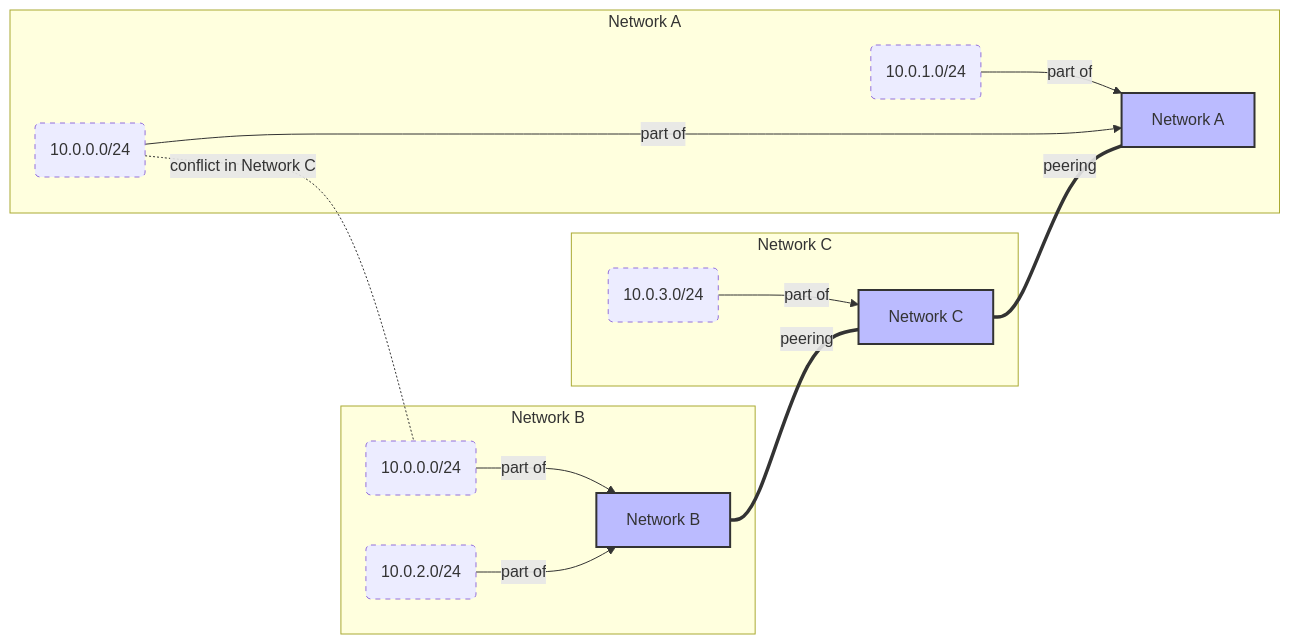
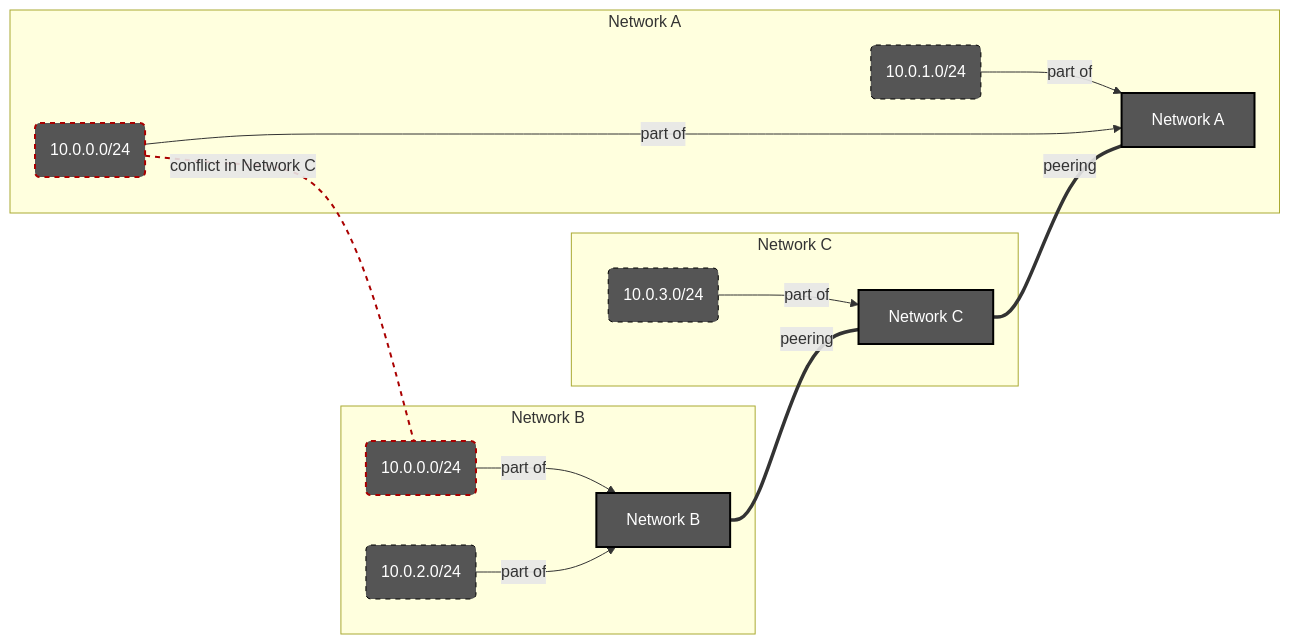
One commit to mattrussi/gitlab-com-runbooks changed the second of 4 diagrams in docs/ci-runners/README.md. Above: the diagram before and after it, drawn with Mermaid. The commit also changed other lines of this file, not shown here.

First line of the commit message:
docs(ci-runners): show subnetwork conflict

````diff
--- a/docs/ci-runners/README.md
+++ b/docs/ci-runners/README.md
@@ -182,27 +182,27 @@
 ```mermaid
 graph LR
-  classDef subnetwork stroke-dasharray: 5 5;
-  classDef vpc fill:#bbf,stroke:#333,stroke-width:2px;
+  classDef subnetwork          color:#fff,fill:#555,stroke:#000,stroke-dasharray: 5 5;
+  classDef subnetwork_conflict color:#fff,fill:#555,stroke:#a00,stroke-width:2px,stroke-dasharray: 5 5;
+  classDef vpc                 color:#fff,fill:#555,stroke:#000,stroke-width:2px;
 
   subgraph Network A
     subnetwork_A_1("10.0.1.0/24"):::subnetwork -->|part of| network_A["Network A"]:::vpc
-    subnetwork_A_2("10.0.0.0/24"):::subnetwork -->|part of| network_A
+    subnetwork_A_2("10.0.0.0/24"):::subnetwork_conflict -->|part of| network_A
   end
 
   subgraph Network B
-    subnetwork_B_2("10.0.0.0/24"):::subnetwork -->|part of| network_B["Network B"]:::vpc
+    subnetwork_B_2("10.0.0.0/24"):::subnetwork_conflict -->|part of| network_B["Network B"]:::vpc
     subnetwork_B_1("10.0.2.0/24"):::subnetwork -->|part of| network_B
   end
 
   subgraph Network C
     subnetwork_C_1("10.0.3.0/24"):::subnetwork -->|part of| network_C["Network C"]:::vpc
   end
 
   network_B ===|peering| network_C
   network_C ===|peering| network_A
 
   subnetwork_A_2 -.-|conflict in Network C| subnetwork_B_2
 
-  style subnetwork_A_2 stroke-dasharray: 5 5
-  style subnetwork_B_2 stroke-dasharray: 5 5
+  linkStyle 7 stroke:#a00,stroke-width:2px,stroke-dasharray: 5 5;
 ```
````
